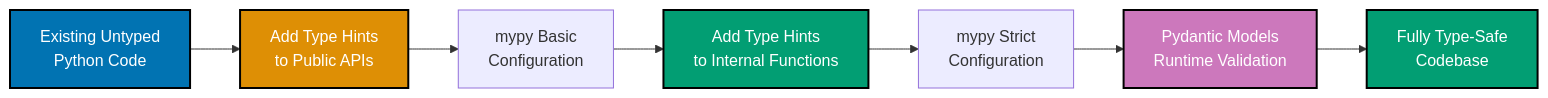
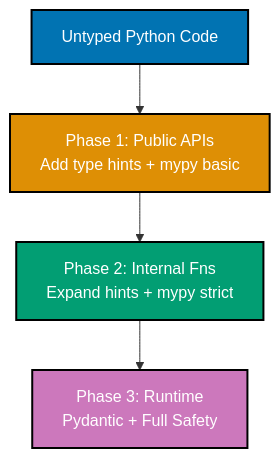
Before and after one commit to wahidyankf/open-sharia-enterprise: the fourth of 5 diagrams in docs/explanation/software-engineering/programming-languages/python/type-safety.md, drawn with Mermaid. The commit also changed other lines of this file and 12 other files, not shown here.

First line of the commit message:
fix(docs): fix mermaid violations in python docs

````diff
--- a/docs/explanation/software-engineering/programming-languages/python/type-safety.md
+++ b/docs/explanation/software-engineering/programming-languages/python/type-safety.md
@@ -794,18 +794,12 @@
 ```mermaid
 %% Color Palette: Blue #0173B2, Orange #DE8F05, Teal #029E73, Purple #CC78BC
-graph LR
-  A[Existing Untyped<br/>Python Code] --> B[Add Type Hints<br/>to Public APIs]
-  B --> C[mypy Basic<br/>Configuration]
-
-  C --> D[Add Type Hints<br/>to Internal Functions]
-  D --> E[mypy Strict<br/>Configuration]
-
-  E --> F[Pydantic Models<br/>Runtime Validation]
-  F --> G[Fully Type-Safe<br/>Codebase]
+graph TD
+  A[Untyped Python Code] --> B[Phase 1: Public APIs<br/>Add type hints + mypy basic]
+  B --> C[Phase 2: Internal Fns<br/>Expand hints + mypy strict]
+  C --> D[Phase 3: Runtime<br/>Pydantic + Full Safety]
 
   style A fill:#0173B2,stroke:#000,color:#fff,stroke-width:2px
   style B fill:#DE8F05,stroke:#000,color:#fff,stroke-width:2px
-  style D fill:#029E73,stroke:#000,color:#fff,stroke-width:2px
-  style F fill:#CC78BC,stroke:#000,color:#fff,stroke-width:2px
-  style G fill:#029E73,stroke:#000,color:#fff,stroke-width:2px
+  style C fill:#029E73,stroke:#000,color:#fff,stroke-width:2px
+  style D fill:#CC78BC,stroke:#000,color:#fff,stroke-width:2px
 ```
````
